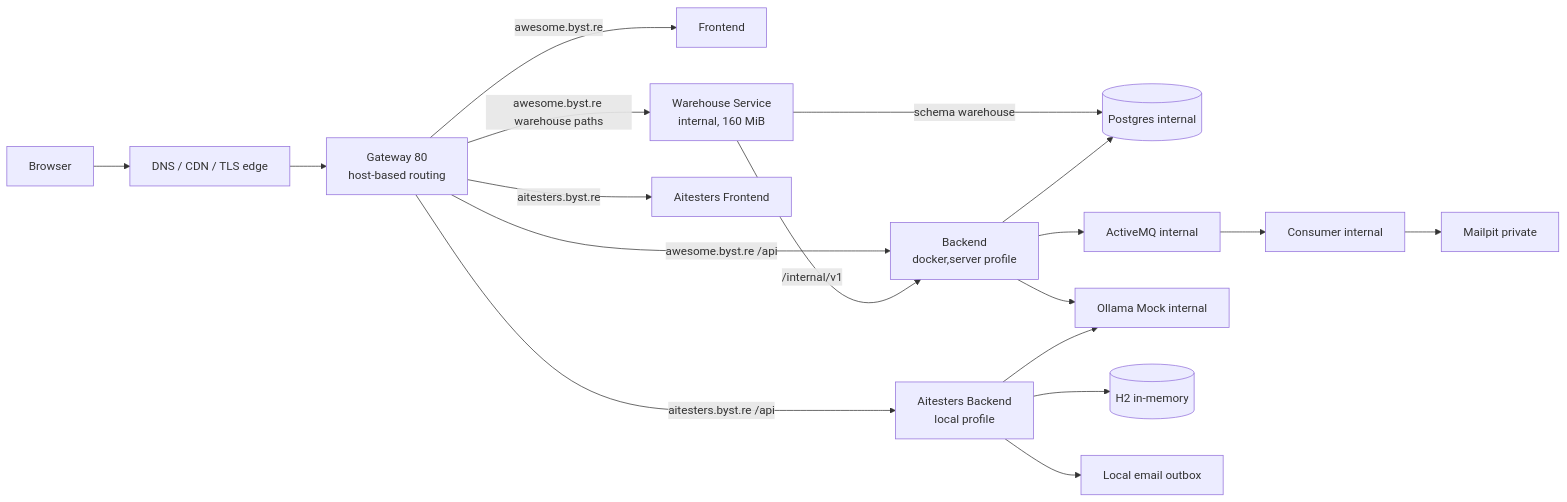
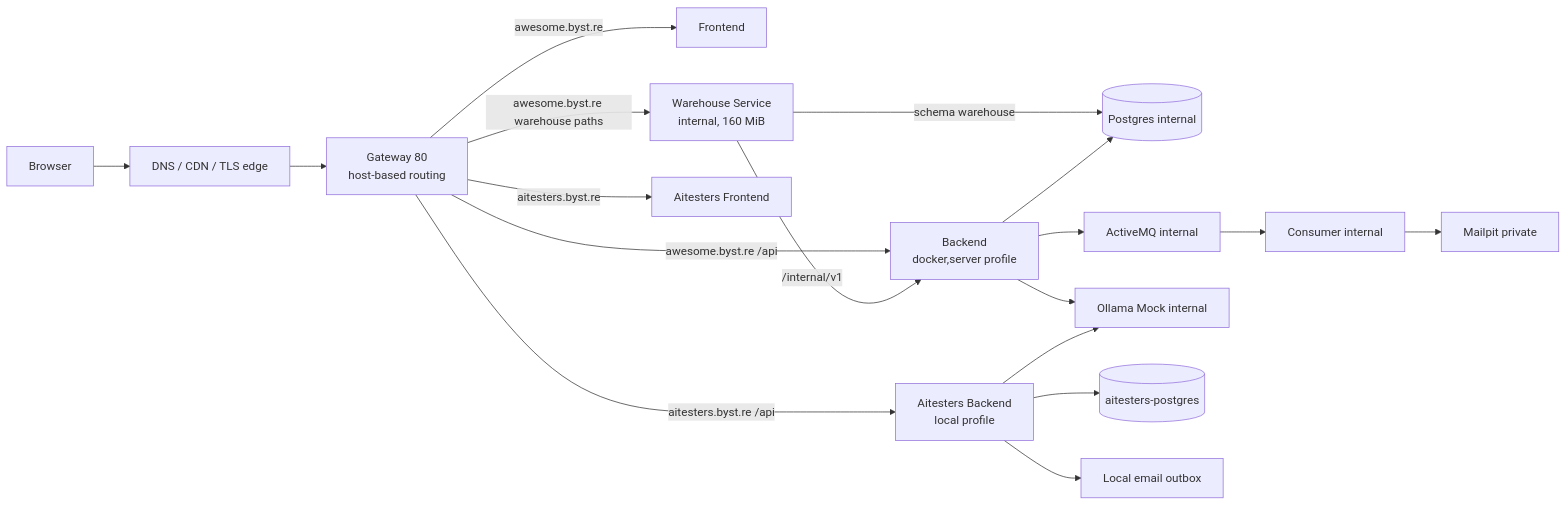
The third of 3 diagrams in docs/PROFILE_URLS.md (slawekradzyminski/awesome-localstack), drawn with Mermaid before and after one commit. The commit also changed other lines of this file and 31 other files, not shown here.

````diff
--- a/docs/PROFILE_URLS.md
+++ b/docs/PROFILE_URLS.md
@@ -75,22 +75,22 @@
 ```mermaid
 flowchart LR
     U[Browser] --> CF[DNS / CDN / TLS edge]
     CF --> G[Gateway 80<br/>host-based routing]
 
     G -->|awesome.byst.re| F[Frontend]
     G -->|awesome.byst.re /api| B[Backend<br/>docker,server profile]
     G -->|awesome.byst.re warehouse paths| W[Warehouse Service<br/>internal, 160 MiB]
     W -->|/internal/v1| B
     W -->|schema warehouse| DB
     B --> DB[(Postgres internal)]
     B --> MQ[ActiveMQ internal]
     MQ --> C[Consumer internal]
     C --> MH[Mailpit private]
     B --> O[Ollama Mock internal]
 
     G -->|aitesters.byst.re| AF[Aitesters Frontend]
     G -->|aitesters.byst.re /api| AB[Aitesters Backend<br/>local profile]
-    AB --> H2[(H2 in-memory)]
+    AB --> APG[(aitesters-postgres)]
     AB --> LO[Local email outbox]
     AB --> O
 ```
````
